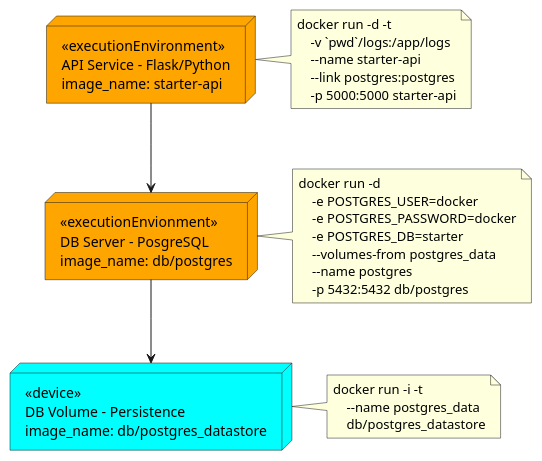
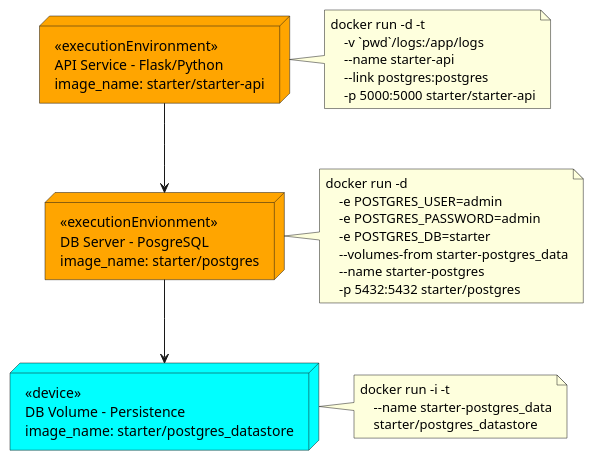
Before and after one commit to bennycheung/Flask-DB-Docker: the diagram in images/Starter_Microservices_Deployment.puml, drawn with PlantUML. The commit also changed 2 other files, not shown here.

```diff
--- a/images/Starter_Microservices_Deployment.puml
+++ b/images/Starter_Microservices_Deployment.puml
@@ -1,39 +1,39 @@
 @startuml Starter_Microservices_Deployment
 
-node "<<executionEnvironment>>\nAPI Service - Flask/Python\nimage_name: starter-api" as API #orange {
+node "<<executionEnvironment>>\nAPI Service - Flask/Python\nimage_name: starter/starter-api" as API #orange {
 }
 
-node "<<executionEnvionment>>\nDB Server - PosgreSQL\nimage_name: db/postgres" as DB #orange {
+node "<<executionEnvionment>>\nDB Server - PosgreSQL\nimage_name: starter/postgres" as DB #orange {
 }
 
-node "<<device>>\nDB Volume - Persistence\nimage_name: db/postgres_datastore" as Volume #cyan {
+node "<<device>>\nDB Volume - Persistence\nimage_name: starter/postgres_datastore" as Volume #cyan {
 }
 
 note right of API
 docker run -d -t
     -v `pwd`/logs:/app/logs
     --name starter-api
     --link postgres:postgres
-    -p 5000:5000 starter-api
+    -p 5000:5000 starter/starter-api
 endnote
 
 note right of DB
 docker run -d
-    -e POSTGRES_USER=docker
-    -e POSTGRES_PASSWORD=docker
+    -e POSTGRES_USER=admin
+    -e POSTGRES_PASSWORD=admin
     -e POSTGRES_DB=starter
-    --volumes-from postgres_data
-    --name postgres
-    -p 5432:5432 db/postgres
+    --volumes-from starter-postgres_data
+    --name starter-postgres
+    -p 5432:5432 starter/postgres
 endnote
 
 note right of Volume
 docker run -i -t
-    --name postgres_data
-    db/postgres_datastore
+    --name starter-postgres_data
+    starter/postgres_datastore
 endnote
 
 API --> DB
 DB --> Volume
 
 @enduml
```
